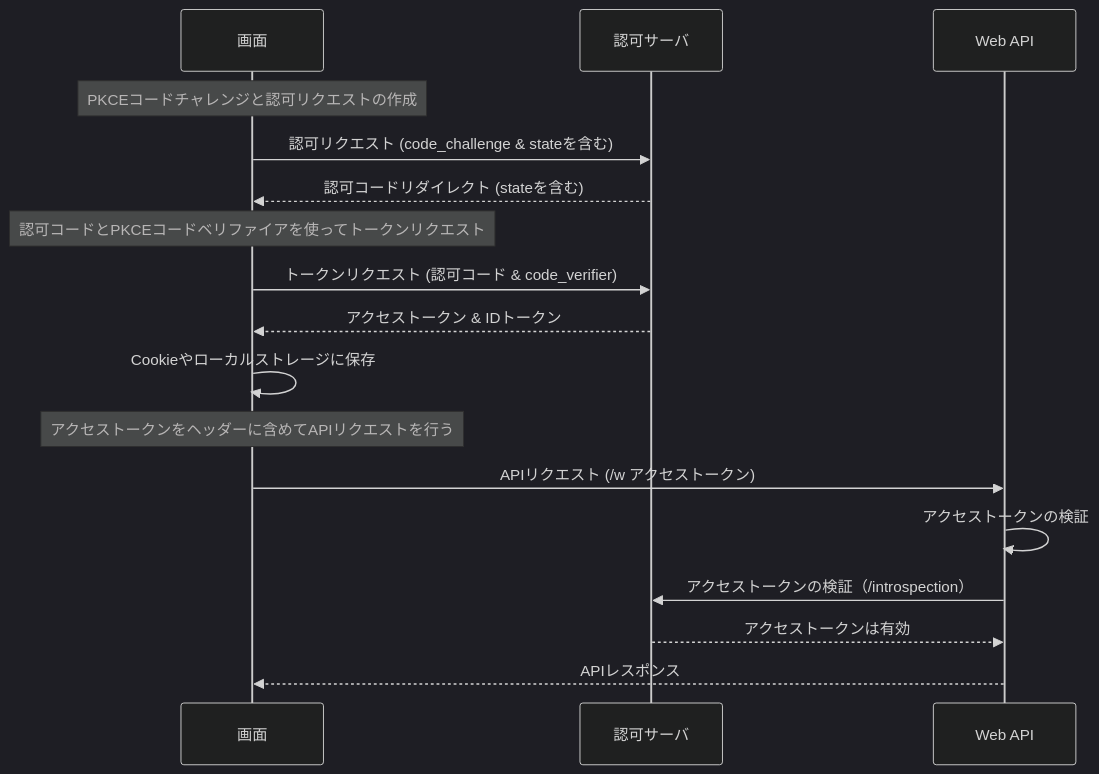
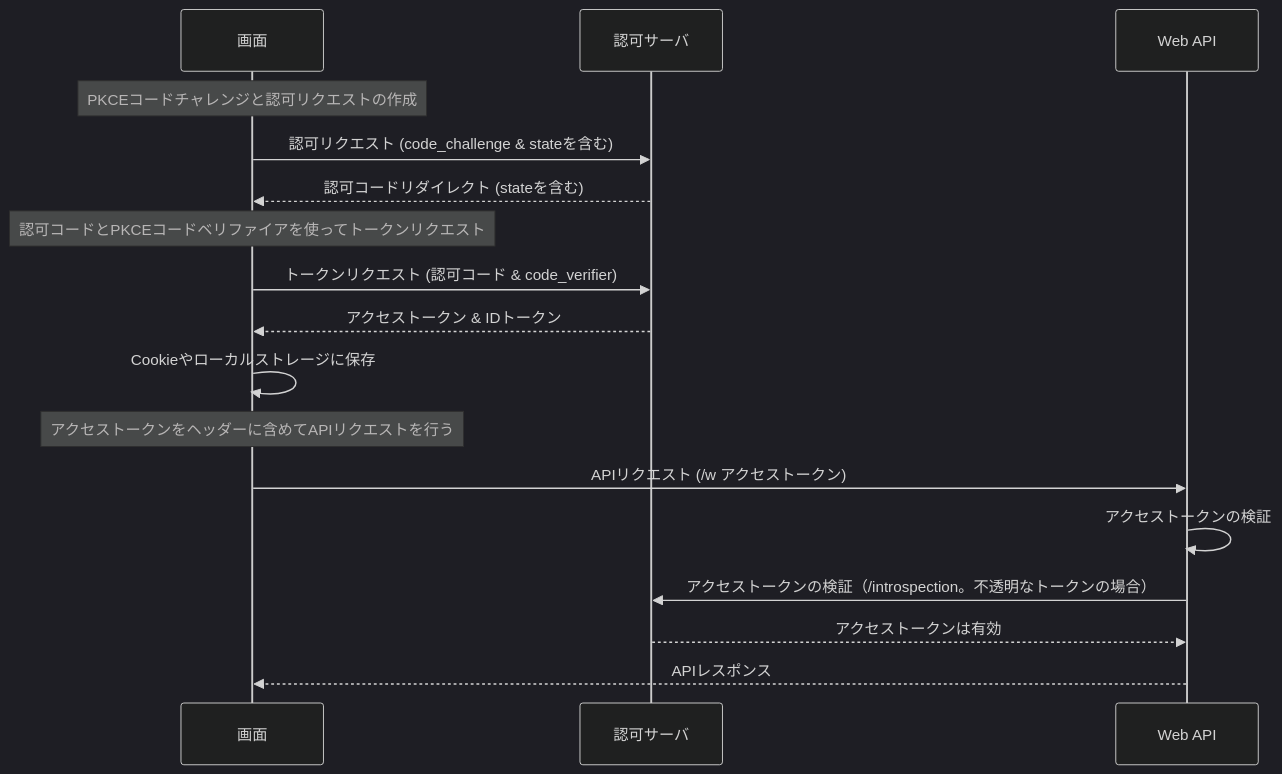
One commit to yokozi-jp/agent-software-factory changed the second of 4 diagrams in docs/web-api/authentication-and-authorization.md. Above: the diagram before and after it, drawn with Mermaid (dark theme). The commit also changed other lines of this file and 2 other files, not shown here.

````diff
--- a/docs/web-api/authentication-and-authorization.md
+++ b/docs/web-api/authentication-and-authorization.md
@@ -100,19 +100,19 @@
 ```mermaid
 sequenceDiagram
   participant SPA as 画面
   participant AS as 認可サーバ
   participant API as Web API
   Note over SPA: PKCEコードチャレンジと認可リクエストの作成
   SPA->>AS: 認可リクエスト (code_challenge & stateを含む)
   AS-->>SPA: 認可コードリダイレクト (stateを含む)
   Note over SPA: 認可コードとPKCEコードベリファイアを使ってトークンリクエスト
   SPA->>AS: トークンリクエスト (認可コード & code_verifier)
   AS-->>SPA: アクセストークン & IDトークン
   SPA ->> SPA: Cookieやローカルストレージに保存
   Note over SPA: アクセストークンをヘッダーに含めてAPIリクエストを行う
   SPA->>API: APIリクエスト (/w アクセストークン)
   API ->> API: アクセストークンの検証
-  API->>AS: アクセストークンの検証（/introspection）
+  API->>AS: アクセストークンの検証（/introspection。不透明なトークンの場合）
   AS-->>API: アクセストークンは有効
   API-->>SPA: APIレスポンス
 ```
````
